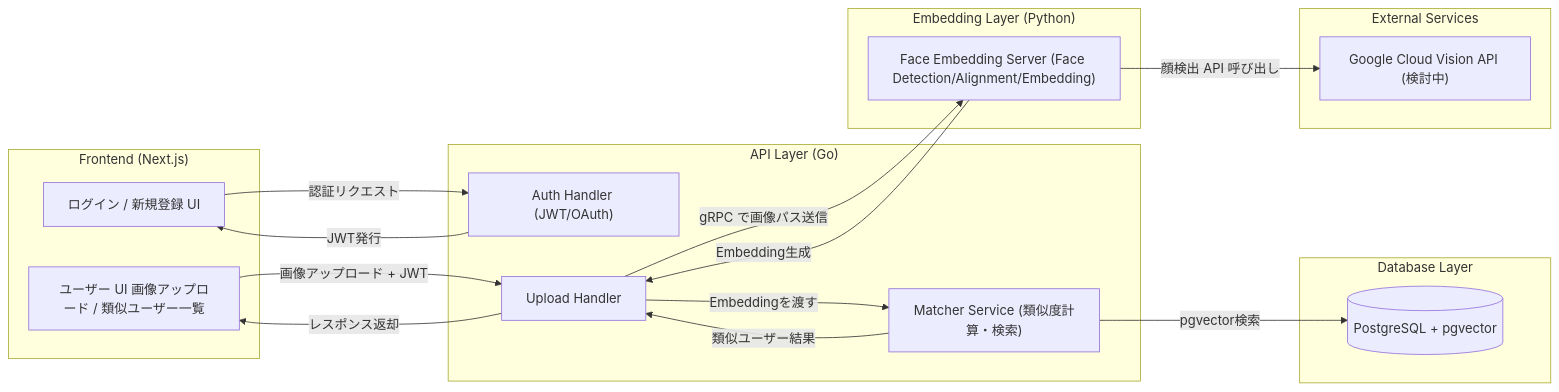
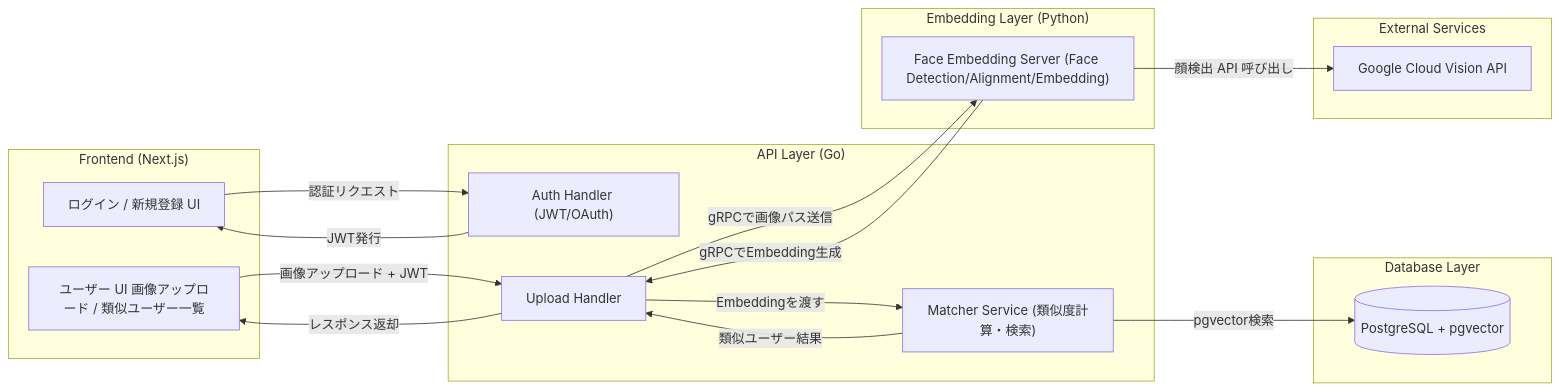
One commit to annyouu/Daburi-Zero changed the diagram in README.md. Above: the diagram before and after it, drawn with Mermaid. The commit also changed other lines of this file and 1 other file, not shown here.

````diff
--- a/README.md
+++ b/README.md
@@ -18,48 +17,48 @@
 ```mermaid
 flowchart LR
 
 %% Frontend
 subgraph FE["Frontend (Next.js)"]
     LOGIN["ログイン / 新規登録 UI"]
     UI["ユーザー UI 画像アップロード / 類似ユーザー一覧"]
 end
 
 %% Backend
 subgraph API_Layer["API Layer (Go)"]
     AUTH["Auth Handler (JWT/OAuth)"]
     UPLOAD["Upload Handler"]
     MATCH["Matcher Service (類似度計算・検索)"]
 end
 
 %% Embedding Server
 subgraph PY_Layer["Embedding Layer (Python)"]
     PY["Face Embedding Server (Face Detection/Alignment/Embedding)"]
 end
 
 %% Database
 subgraph DB_Layer["Database Layer"]
     DB[(PostgreSQL + pgvector)]
 end
 
 %% External
 subgraph EXT["External Services"]
-    GCP["Google Cloud Vision API (検討中)"]
+    GCP["Google Cloud Vision API"]
 end
 
 %% 認証フロー
 LOGIN -->|認証リクエスト| AUTH
 AUTH -->|JWT発行| LOGIN
 
 %% 画像アップロードフロー
 UI -->|画像アップロード + JWT| UPLOAD
-UPLOAD -->|gRPC で画像パス送信| PY
-PY -->|Embedding生成| UPLOAD
+UPLOAD -->|gRPCで画像パス送信| PY
+PY -->|gRPCでEmbedding生成| UPLOAD
 
 UPLOAD -->|Embeddingを渡す| MATCH
 MATCH -->|pgvector検索| DB
 MATCH -->|類似ユーザー結果| UPLOAD
 UPLOAD -->|レスポンス返却| UI
 
 %% 外部 API 呼び出し
 PY -->|顔検出 API 呼び出し| GCP
 ```
````
